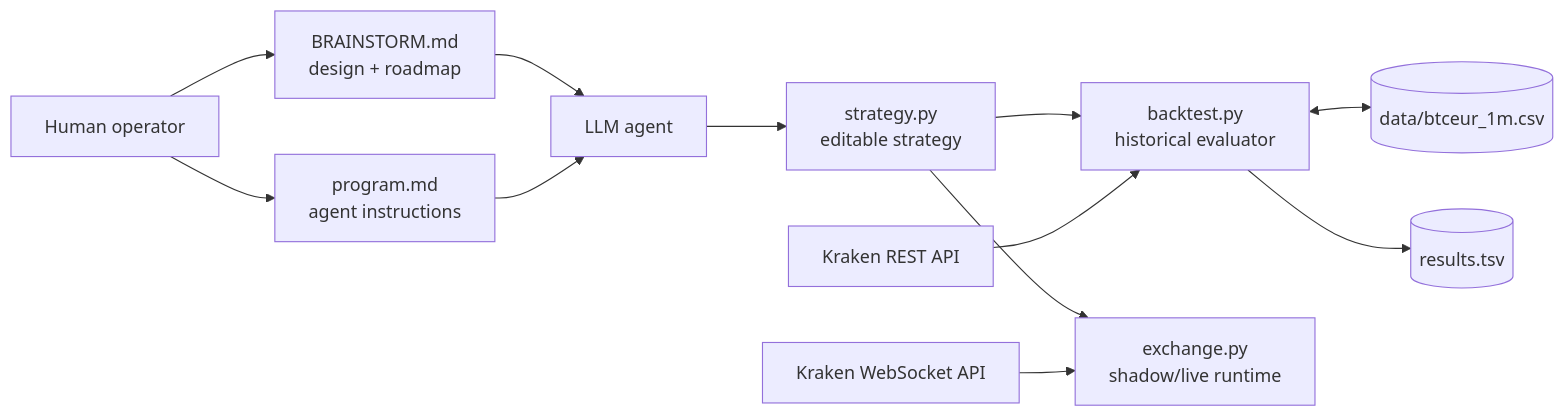
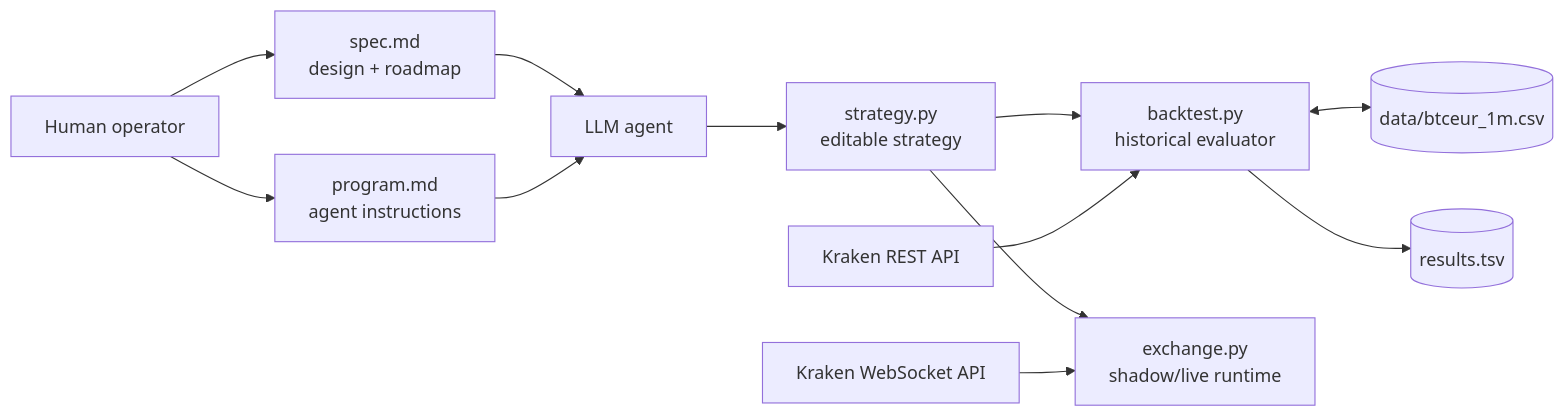
Before and after one commit to fabiotaroc/auto-crypto-trader: the first of 2 diagrams in docs/system-architecture/README.md, drawn with Mermaid. The commit also changed other lines of this file and 5 other files, not shown here.

First line of the commit message:
Docs: rename design doc to spec.md and update references

````diff
--- a/docs/system-architecture/README.md
+++ b/docs/system-architecture/README.md
@@ -15,26 +15,26 @@
 ```mermaid
 flowchart LR
     Human[Human operator]
-    Brainstorm[BRAINSTORM.md<br/>design + roadmap]
+    Brainstorm[spec.md<br/>design + roadmap]
     Program[program.md<br/>agent instructions]
     Agent[LLM agent]
     Strategy[strategy.py<br/>editable strategy]
     Backtest[backtest.py<br/>historical evaluator]
     Exchange[exchange.py<br/>shadow/live runtime]
     KrakenREST[Kraken REST API]
     KrakenWS[Kraken WebSocket API]
     Data[(data/btceur_1m.csv)]
     Results[(results.tsv)]
 
     Human --> Brainstorm
     Human --> Program
     Brainstorm --> Agent
     Program --> Agent
     Agent --> Strategy
     Strategy --> Backtest
     Strategy --> Exchange
     KrakenREST --> Backtest
     Backtest <--> Data
     Backtest --> Results
     KrakenWS --> Exchange
 ```
````
